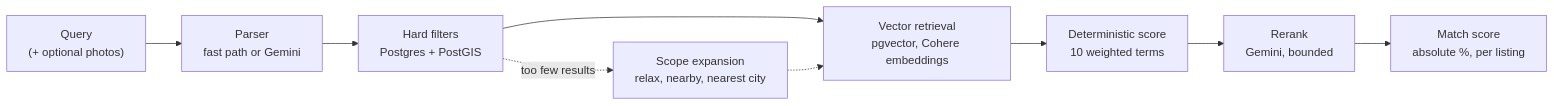
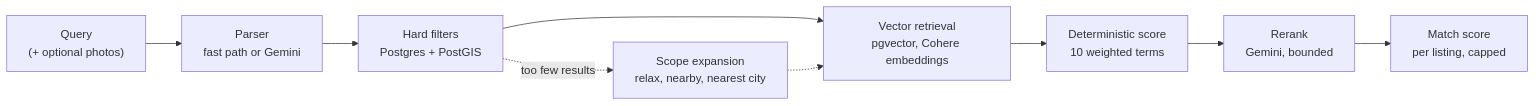
One commit to Brok3nnn/ingovo-search changed the diagram in README.md. Above: the diagram before and after it, drawn with Mermaid. The commit also changed other lines of this file and 176 other files, not shown here.

````diff
--- a/README.md
+++ b/README.md
@@ -48,11 +63,11 @@
 ```mermaid
 flowchart LR
     Q["Query<br/>(+ optional photos)"] --> P["Parser<br/>fast path or Gemini"]
     P --> H["Hard filters<br/>Postgres + PostGIS"]
     H --> V["Vector retrieval<br/>pgvector, Cohere embeddings"]
     V --> S["Deterministic score<br/>10 weighted terms"]
     S --> R["Rerank<br/>Gemini, bounded"]
-    R --> M["Match score<br/>absolute %, per listing"]
+    R --> M["Match score<br/>per listing, capped"]
     H -. "too few results" .-> X["Scope expansion<br/>relax, nearby, nearest city"]
     X -.-> V
 ```
````
